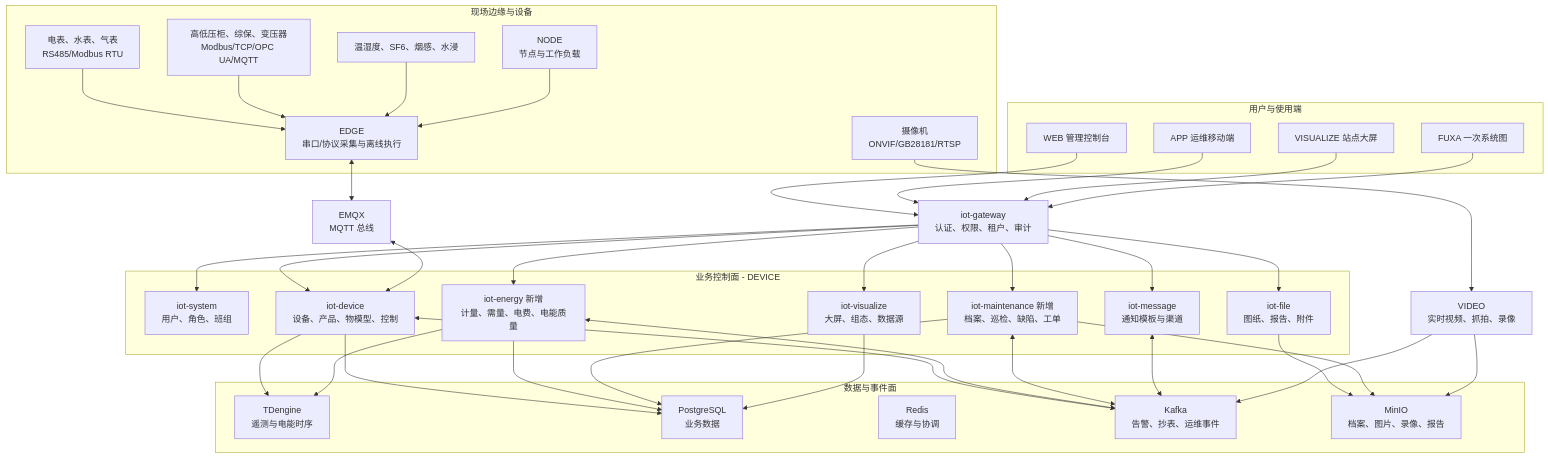
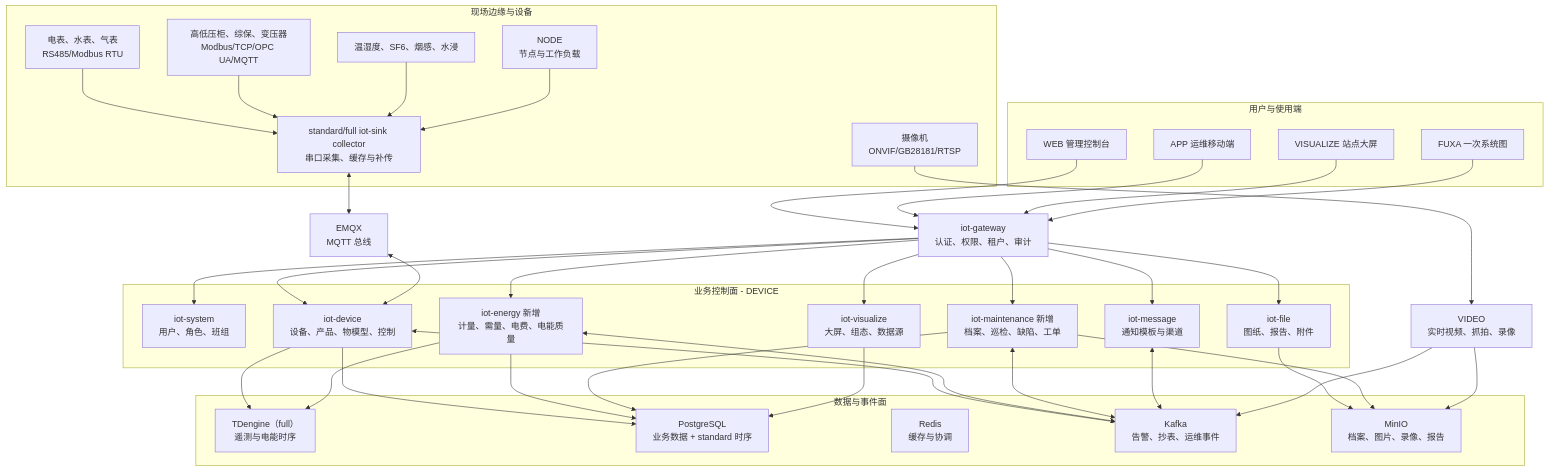
The third of 8 diagrams in .doc/架构设计/平台功能计划.md (qingjian1984/easyaiot), drawn with Mermaid before and after one commit. The commit also changed other lines of this file and 31 other files, not shown here.

````diff
--- a/.doc/架构设计/平台功能计划.md
+++ b/.doc/架构设计/平台功能计划.md
@@ -192,76 +274,76 @@
 ```mermaid
 flowchart TB
   subgraph Users["用户与使用端"]
     WEB["WEB 管理控制台"]
     APP["APP 运维移动端"]
     SCREEN["VISUALIZE 站点大屏"]
     SCADA["FUXA 一次系统图"]
   end
 
   GW["iot-gateway\n认证、权限、租户、审计"]
 
   subgraph Control["业务控制面 - DEVICE"]
     SYS["iot-system\n用户、角色、班组"]
     DEV["iot-device\n设备、产品、物模型、控制"]
     ENERGY["iot-energy 新增\n计量、需量、电费、电能质量"]
     MAINT["iot-maintenance 新增\n档案、巡检、缺陷、工单"]
     VIZ["iot-visualize\n大屏、组态、数据源"]
     MSG["iot-message\n通知模板与渠道"]
     FILE["iot-file\n图纸、报告、附件"]
   end
 
   subgraph Data["数据与事件面"]
-    TD["TDengine\n遥测与电能时序"]
-    PG["PostgreSQL\n业务数据"]
+    TD["TDengine（full）\n遥测与电能时序"]
+    PG["PostgreSQL\n业务数据 + standard 时序"]
     REDIS["Redis\n缓存与协调"]
     KAFKA["Kafka\n告警、抄表、运维事件"]
     MINIO["MinIO\n档案、图片、录像、报告"]
   end
 
   subgraph Edge["现场边缘与设备"]
     NODE["NODE\n节点与工作负载"]
-    EDGE["EDGE\n串口/协议采集与离线执行"]
+    COLLECTOR["standard/full iot-sink collector\n串口采集、缓存与补传"]
     METER["电表、水表、气表\nRS485/Modbus RTU"]
     ELEC["高低压柜、综保、变压器\nModbus/TCP/OPC UA/MQTT"]
     ENV["温湿度、SF6、烟感、水浸"]
     CAMERA["摄像机\nONVIF/GB28181/RTSP"]
   end
 
   VIDEO["VIDEO\n实时视频、抓拍、录像"]
   EMQX["EMQX\nMQTT 总线"]
 
   WEB --> GW
   APP --> GW
   SCREEN --> GW
   SCADA --> GW
   GW --> SYS
   GW --> DEV
   GW --> ENERGY
   GW --> MAINT
   GW --> VIZ
   GW --> MSG
   GW --> FILE
 
   DEV --> TD
   ENERGY --> TD
   DEV --> PG
   ENERGY --> PG
   MAINT --> PG
   VIZ --> PG
   DEV <--> KAFKA
   ENERGY <--> KAFKA
   MAINT <--> KAFKA
   MSG <--> KAFKA
   FILE --> MINIO
   MAINT --> MINIO
   VIDEO --> MINIO
 
-  METER --> EDGE
-  ELEC --> EDGE
-  ENV --> EDGE
-  EDGE <--> EMQX
-  NODE --> EDGE
+  METER --> COLLECTOR
+  ELEC --> COLLECTOR
+  ENV --> COLLECTOR
+  COLLECTOR <--> EMQX
+  NODE --> COLLECTOR
   EMQX <--> DEV
   CAMERA --> VIDEO
   VIDEO --> KAFKA
 ```
````
